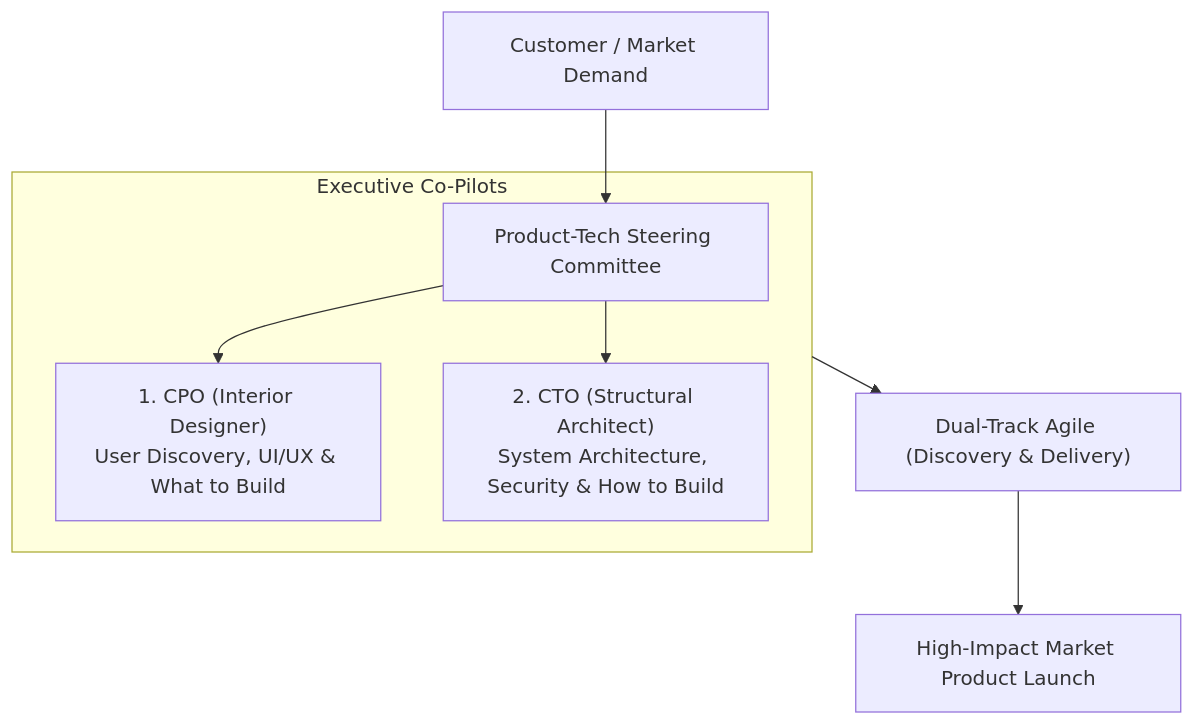
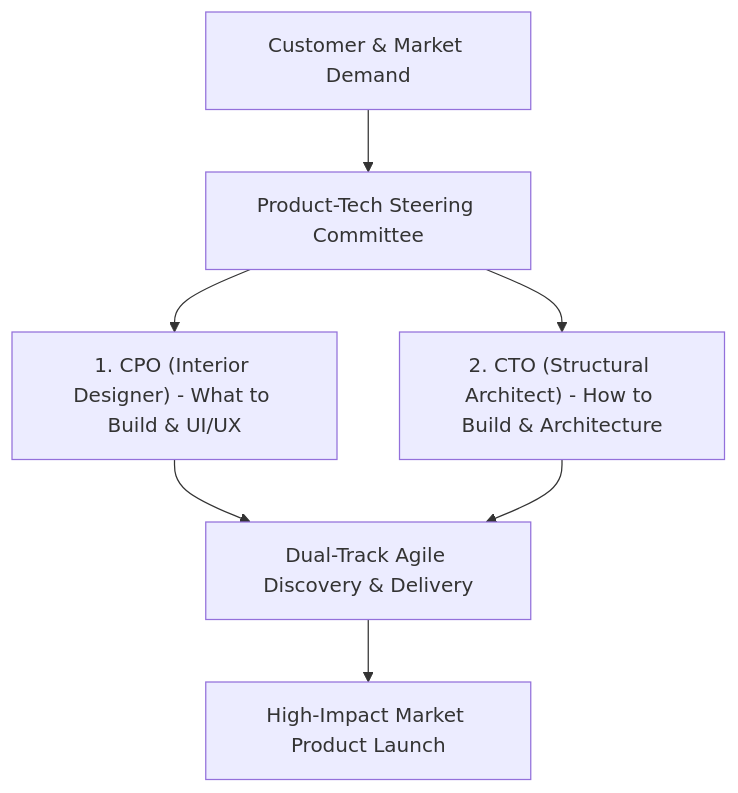
Before and after one commit to PankajKumarCTO/blog-store: the diagram in users/pankajhyd/posts/the-cto-and-cpo-dynamic-partnership-aligning-code-product.md, drawn with Mermaid.

Commit message:
Simplify post-033 Mermaid diagram syntax

````diff
--- a/users/pankajhyd/posts/the-cto-and-cpo-dynamic-partnership-aligning-code-product.md
+++ b/users/pankajhyd/posts/the-cto-and-cpo-dynamic-partnership-aligning-code-product.md
@@ -55,12 +55,9 @@
 ```mermaid
 graph TD
-    User["Customer / Market Demand"] --> Steering["Product-Tech Steering Committee"]
-    
-    subgraph Partnership["Executive Co-Pilots"]
-        Steering --> CPO["1. CPO (Interior Designer)<br/>User Discovery, UI/UX & What to Build"]
-        Steering --> CTO["2. CTO (Structural Architect)<br/>System Architecture, Security & How to Build"]
-    end
-    
-    Partnership --> Delivery["Dual-Track Agile (Discovery & Delivery)"]
+    User["Customer & Market Demand"] --> Steering["Product-Tech Steering Committee"]
+    Steering --> CPO["1. CPO (Interior Designer) - What to Build & UI/UX"]
+    Steering --> CTO["2. CTO (Structural Architect) - How to Build & Architecture"]
+    CPO --> Delivery["Dual-Track Agile Discovery & Delivery"]
+    CTO --> Delivery
     Delivery --> Launch["High-Impact Market Product Launch"]
 ```
````
